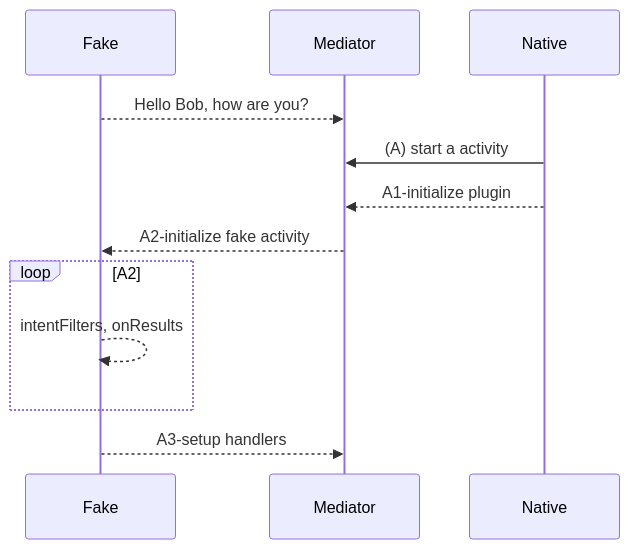
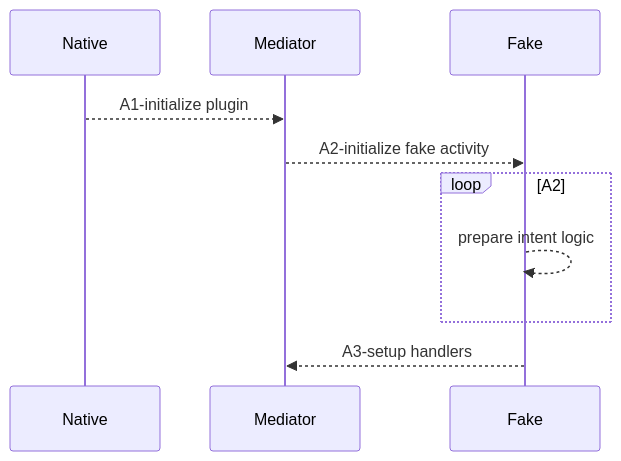
One commit to gordianknotC/nxp_note changed the second of 2 diagrams in flutter/addActivityResultListener.md. Above: the diagram before and after it, drawn with Mermaid. The commit also changed other lines of this file, not shown here.

Commit message:
flutter/addActivityResultListener.md updated from https://stackedit.io/

````diff
--- a/flutter/addActivityResultListener.md
+++ b/flutter/addActivityResultListener.md
@@ -55,11 +55,9 @@
 ```mermaid
 sequenceDiagram
-Fake -->> Mediator: Hello Bob, how are you?
-Native ->> Mediator: (A) start a activity
 Native -->> Mediator: A1-initialize plugin
 Mediator -->> Fake: A2-initialize fake activity
 loop A2
-	Fake -->> Fake: intentFilters, onResults
+	Fake -->> Fake: prepare intent logic
 end
 Fake -->> Mediator: A3-setup handlers
 ```
````
